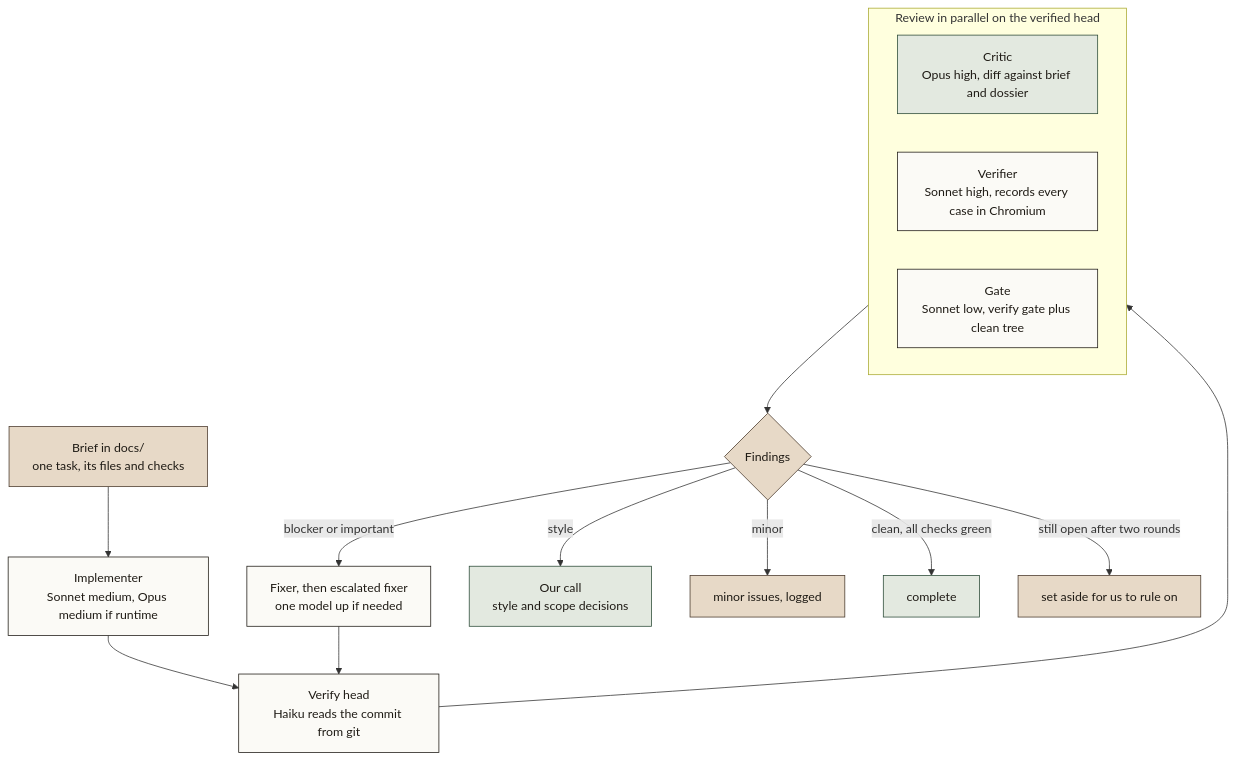
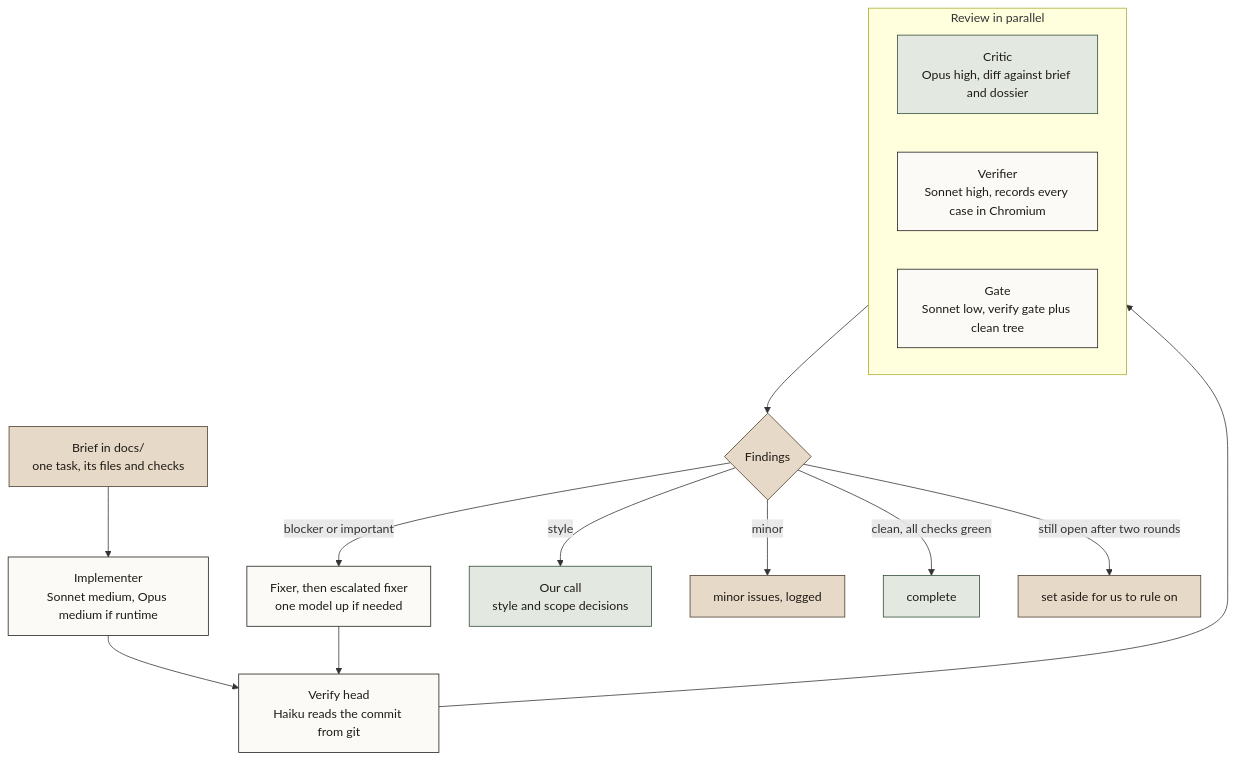
The sixth of 7 diagrams in README.md (BirchDesignLab/birchdesignlab), drawn with Mermaid before and after one commit. The commit also changed other lines of this file and 48 other files, not shown here.

First line of the commit message:
README: critic fix round (Lab and Portal first, American spelling, chart fixes)

````diff
--- a/README.md
+++ b/README.md
@@ -346,25 +339,25 @@
 ```mermaid
 flowchart TB
     classDef store fill:#e7d9c7,stroke:#4a3a2c,color:#1f1b15
     classDef cloud fill:#e3e9e0,stroke:#2b4a37,color:#1f1b15
     classDef you fill:#fbfaf6,stroke:#1f1b15,color:#1f1b15
 
     BRIEF["Brief in docs/<br/>one task, its files and checks"]:::store
     IMPL["Implementer<br/>Sonnet medium, Opus medium if runtime"]:::you
     VH["Verify head<br/>Haiku reads the commit from git"]:::you
-    subgraph REVIEW["Review in parallel on the verified head"]
+    subgraph REVIEW["Review in parallel"]
         CRIT["Critic<br/>Opus high, diff against brief and dossier"]:::cloud
         VER["Verifier<br/>Sonnet high, records every case in Chromium"]:::you
         GATE["Gate<br/>Sonnet low, verify gate plus clean tree"]:::you
     end
     SORT{"Findings"}:::store
     FIX["Fixer, then escalated fixer<br/>one model up if needed"]:::you
     STOP["Our call<br/>style and scope decisions"]:::cloud
 
     BRIEF --> IMPL --> VH --> REVIEW --> SORT
     SORT -->|"blocker or important"| FIX --> VH
     SORT -->|"style"| STOP
     SORT -->|"minor"| DEF["minor issues, logged"]:::store
     SORT -->|"clean, all checks green"| DONE["complete"]:::cloud
     SORT -->|"still open after two rounds"| PARK["set aside for us to rule on"]:::store
 ```
````
